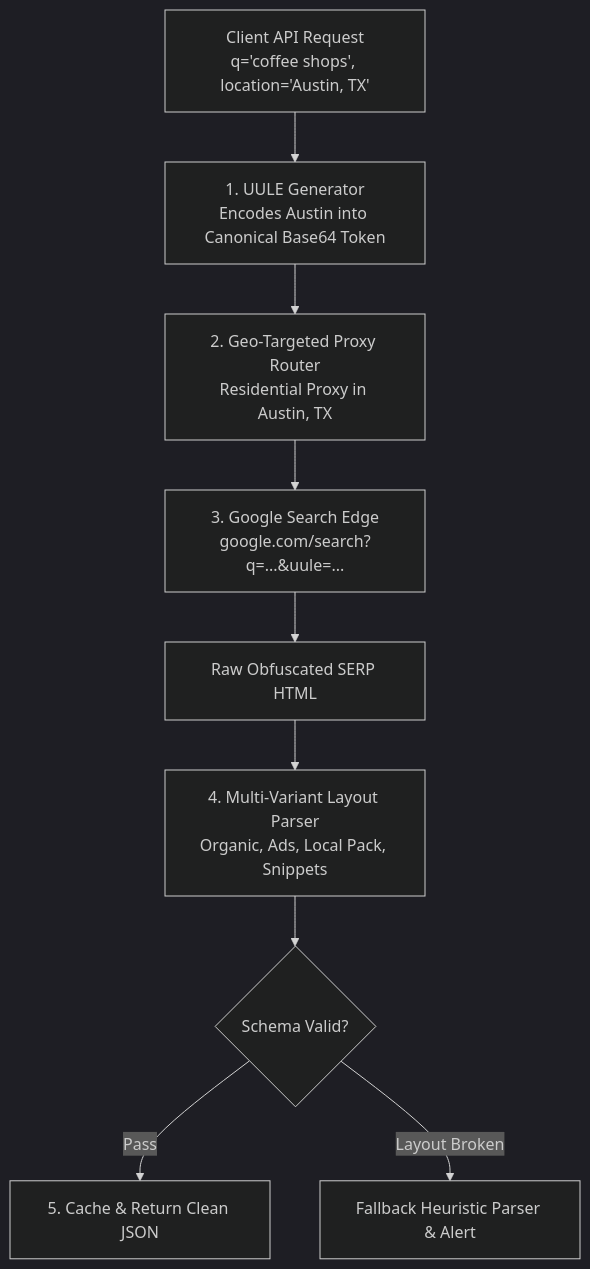
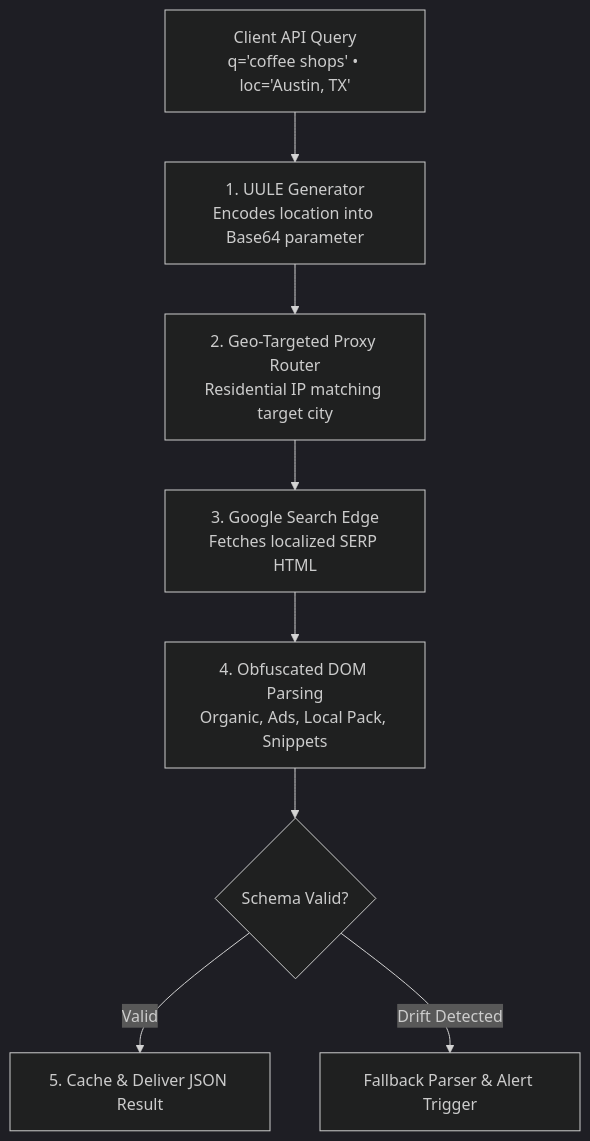
The diagram in _posts/2026-11-10-what-is-a-serp-api-and-why-is-it-hard-to-build.md (naimurhasan/naimurhasan.github.io), drawn with Mermaid (dark theme) before and after one commit. The commit also changed other lines of this file and 28 other files, not shown here.

Commit message:
fix(blog): refactor all Mermaid diagrams to vertical legible layouts and restore in-body illustrations

````diff
--- a/_posts/2026-11-10-what-is-a-serp-api-and-why-is-it-hard-to-build.md
+++ b/_posts/2026-11-10-what-is-a-serp-api-and-why-is-it-hard-to-build.md
@@ -25,11 +25,10 @@
 ```mermaid
 flowchart TD
-  Client["Client API Request<br/>q='coffee shops', location='Austin, TX'"] --> UULEGen["1. UULE Generator<br/>Encodes Austin into Canonical Base64 Token"]
-  UULEGen --> ProxyRouter["2. Geo-Targeted Proxy Router<br/>Residential Proxy in Austin, TX"]
-  ProxyRouter --> Google["3. Google Search Edge<br/>google.com/search?q=...&uule=..."]
-  Google --> HTML["Raw Obfuscated SERP HTML"]
-  HTML --> Parser["4. Multi-Variant Layout Parser<br/>Organic, Ads, Local Pack, Snippets"]
-  Parser --> Validator{"Schema Valid?"}
-  Validator -- "Pass" --> Cache["5. Cache & Return Clean JSON"]
-  Validator -- "Layout Broken" --> Fallback["Fallback Heuristic Parser & Alert"]
+  Client["Client API Query<br/>q='coffee shops' • loc='Austin, TX'"] --> UULEGen["1. UULE Generator<br/>Encodes location into Base64 parameter"]
+  UULEGen --> ProxyRouter["2. Geo-Targeted Proxy Router<br/>Residential IP matching target city"]
+  ProxyRouter --> Google["3. Google Search Edge<br/>Fetches localized SERP HTML"]
+  Google --> HTML["4. Obfuscated DOM Parsing<br/>Organic, Ads, Local Pack, Snippets"]
+  HTML --> Validator{"Schema Valid?"}
+  Validator -- "Valid" --> Cache["5. Cache & Deliver JSON Result"]
+  Validator -- "Drift Detected" --> Fallback["Fallback Parser & Alert Trigger"]
 ```
````
